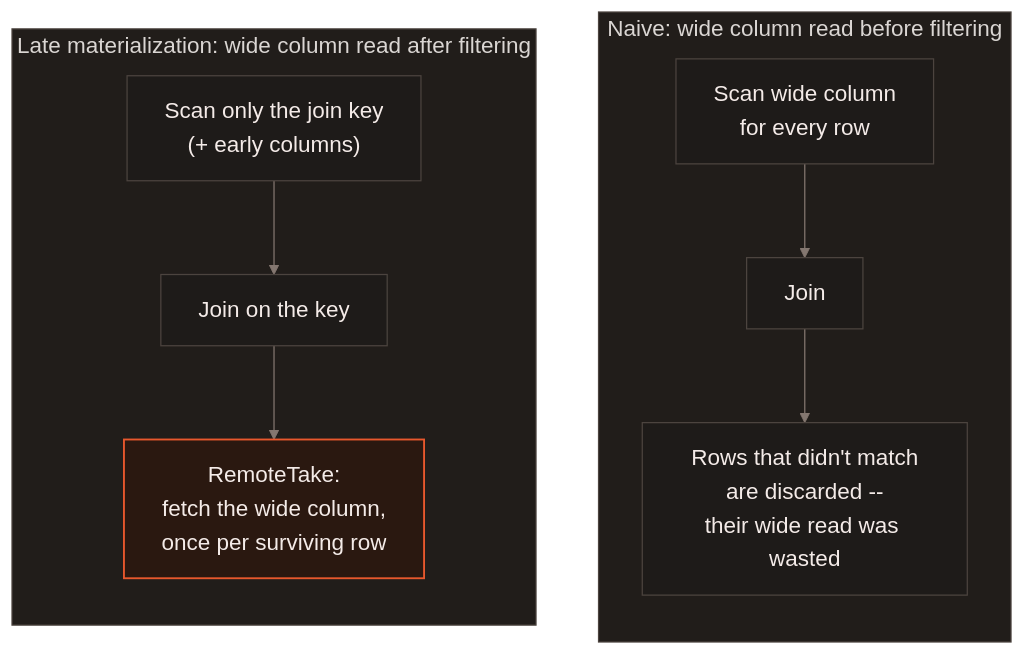
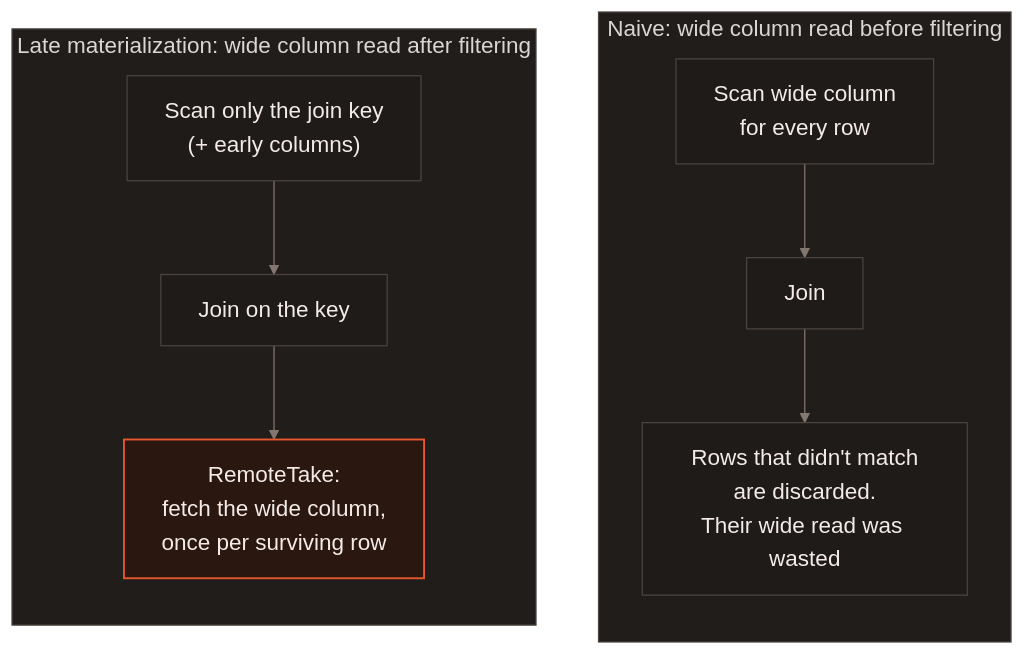
The first of 2 diagrams in docs/web/curation/blob-late-materialization.mdx (lancedb/lancedb), drawn with Mermaid before and after one commit. The commit also changed other lines of this file, not shown here.

````diff
--- a/docs/web/curation/blob-late-materialization.mdx
+++ b/docs/web/curation/blob-late-materialization.mdx
@@ -24,23 +24,23 @@
 ```mermaid
 %%{init: {"theme": "base", "themeVariables": {
   "background": "#171513", "primaryColor": "#1e1b19", "primaryTextColor": "#f4ebe8",
   "primaryBorderColor": "#4c443f", "lineColor": "#847770", "textColor": "#f4ebe8",
   "clusterBkg": "#211d1a", "clusterBorder": "#4c443f", "edgeLabelBackground": "#171513",
   "fontFamily": "Inter, sans-serif", "fontSize": "18px"
 }}}%%
 flowchart TB
     subgraph Naive["Naive: wide column read before filtering"]
     direction TB
     N1["Scan wide column<br/>for every row"] --> N2["Join"]
-    N2 --> N3["Rows that didn't match<br/>are discarded --<br/>their wide read was wasted"]
+    N2 --> N3["Rows that didn't match<br/>are discarded.<br/>Their wide read was wasted"]
     end
 
     subgraph Deferred["Late materialization: wide column read after filtering"]
     direction TB
     D1["Scan only the join key<br/>(+ early columns)"] --> D2["Join on the key"]
     D2 --> D3["RemoteTake:<br/>fetch the wide column,<br/>once per surviving row"]
     end
     classDef default fill:#1e1b19,stroke:#4c443f,stroke-width:1px,color:#f4ebe8
     classDef accent fill:#2a1810,stroke:#e8582d,stroke-width:1.5px,color:#f4ebe8
     class D3 accent
 ```
````
